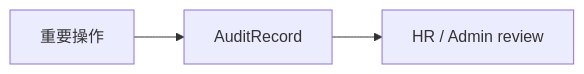
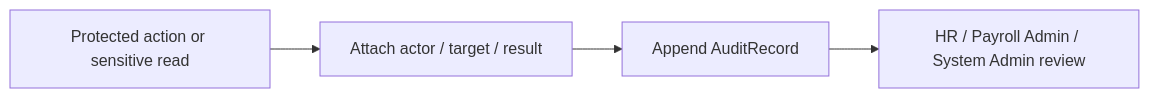
One commit to 369sup/worksync-hr changed the diagram in docs/02-domain/audit-log.md. Above: the diagram before and after it, drawn with Mermaid. The commit also changed other lines of this file and 39 other files, not shown here.

Commit message:
docs: strengthen architecture and process docs

````diff
--- a/docs/02-domain/audit-log.md
+++ b/docs/02-domain/audit-log.md
@@ -7,5 +20,6 @@
 ```mermaid
 flowchart LR
-  ACTION[重要操作] --> AUDIT[AuditRecord]
-  AUDIT --> REVIEW[HR / Admin review]
+  ACTION[Protected action or sensitive read] --> ENRICH[Attach actor / target / result]
+  ENRICH --> STORE[Append AuditRecord]
+  STORE --> REVIEW[HR / Payroll Admin / System Admin review]
 ```
````
